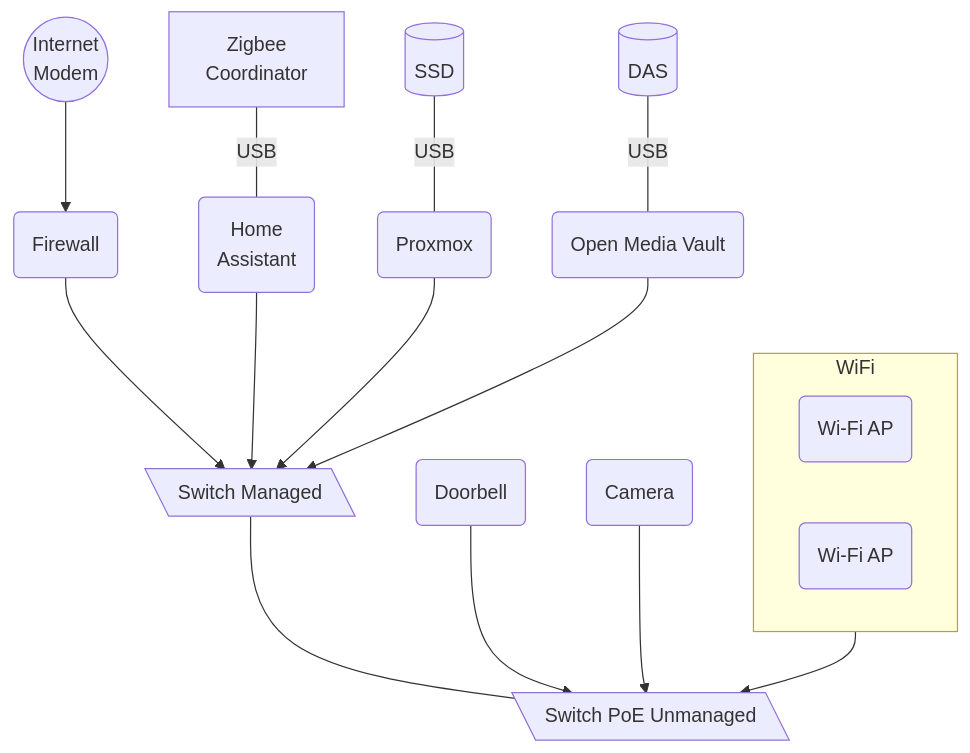
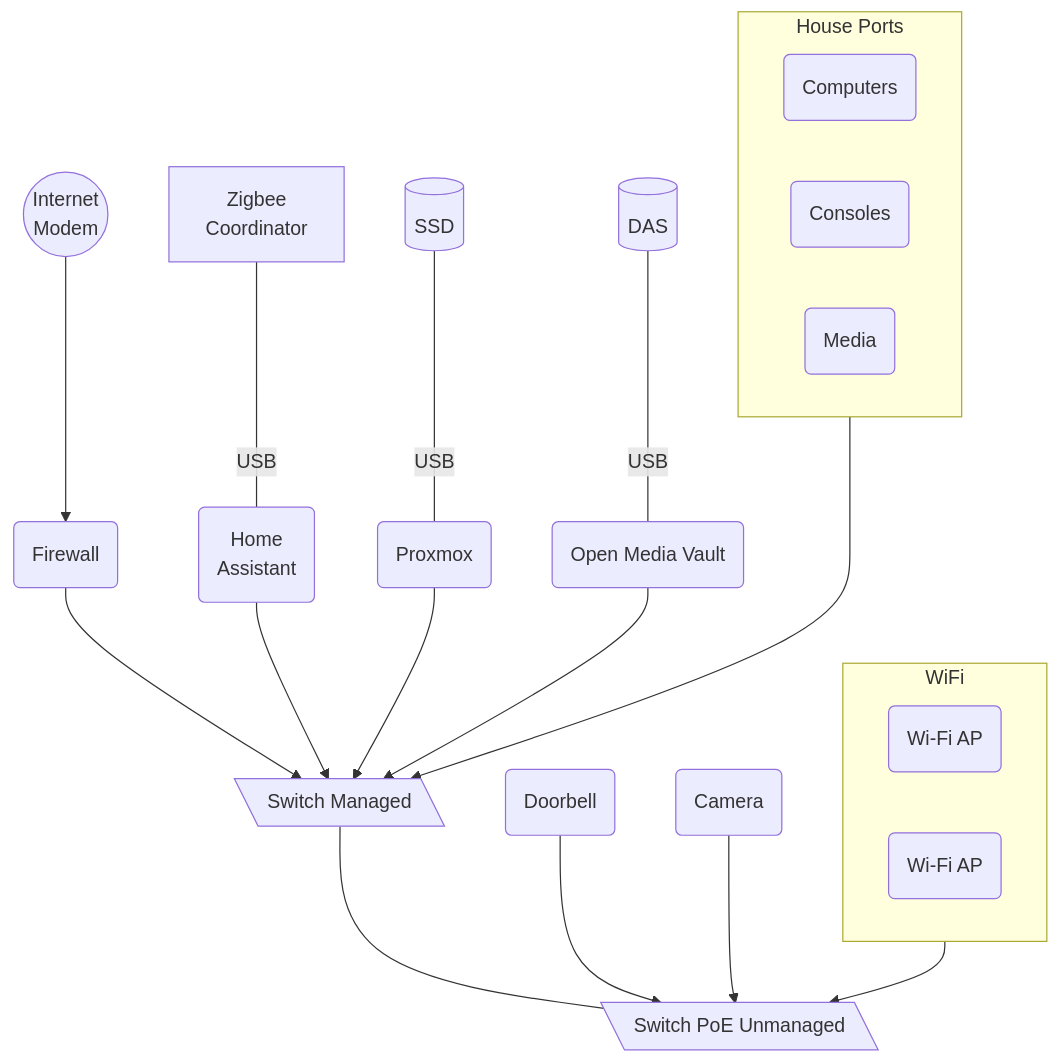
The first of 3 diagrams in _projects/homelab-2026.md (Livingdead1989/livingdead1989.github.io), drawn with Mermaid before and after one commit. The commit also changed other lines of this file, not shown here.

```diff
--- a/_projects/homelab-2026.md
+++ b/_projects/homelab-2026.md
@@ -68,26 +68,34 @@
 <div class="mermaid">
 flowchart TB
+
   isp((Internet
   Modem)) --> fw
   switchServer[\Switch Managed\] --- switchPoE[\Switch PoE Unmanaged\]
 
   fw(Firewall) --> switchServer
   hassio(Home 
   Assistant) --> switchServer
   proxmox(Proxmox) --> switchServer
   omv(Open Media Vault) --> switchServer
 
   das[(DAS)] -- USB --- omv
   ssd[(SSD)] -- USB --- proxmox
   zigbee[Zigbee 
   Coordinator] -- USB --- hassio
 
   doorbell(Doorbell) --> switchPoE
   camera(Camera) --> switchPoE
 
   subgraph WiFi
     wifi1(Wi-Fi AP)
     wifi2(Wi-Fi AP)
   end
   WiFi --> switchPoE
+
+  subgraph housePorts [House Ports]
+    computers(Computers)
+    consoles(Consoles)
+    media(Media)
+  end
+  housePorts ---> switchServer
 </div>
```
